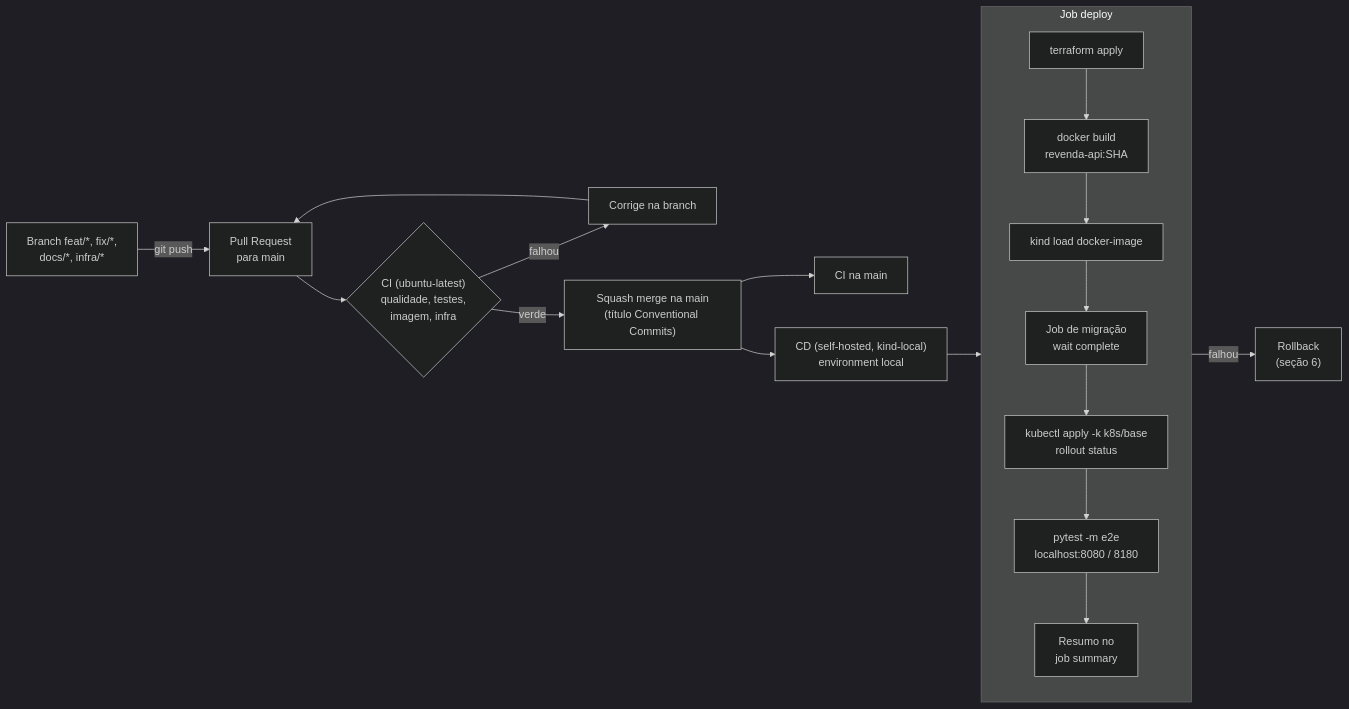
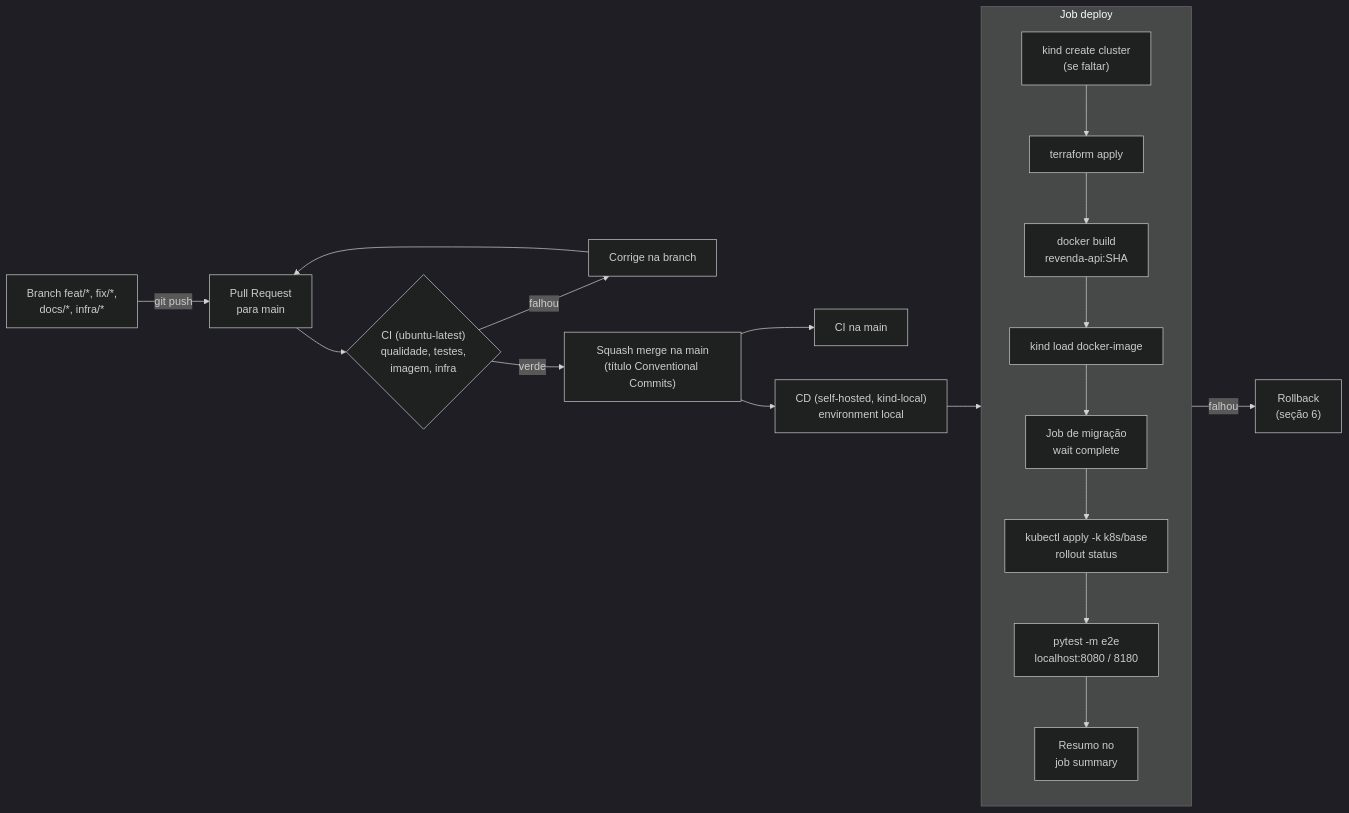
Before and after one commit to Caina-Climaco/fiap-soat-revenda-veiculos: the diagram in docs/08-ci-cd-infra.md, drawn with Mermaid (dark theme). The commit also changed other lines of this file and 19 other files, not shown here.

First line of the commit message:
fix: criar cluster pela CLI kind, Keycloak 26.7.1 e PATH nos scripts (#5)

````diff
--- a/docs/08-ci-cd-infra.md
+++ b/docs/08-ci-cd-infra.md
@@ -113,16 +124,16 @@
 ```mermaid
 flowchart LR
   dev["Branch feat/*, fix/*,<br/>docs/*, infra/*"] -->|"git push"| pr["Pull Request<br/>para main"]
   pr --> ci{"CI (ubuntu-latest)<br/>qualidade, testes,<br/>imagem, infra"}
   ci -->|"falhou"| fix["Corrige na branch"] --> pr
   ci -->|"verde"| merge["Squash merge na main<br/>(título Conventional Commits)"]
   merge --> ci2["CI na main"]
   merge --> cd["CD (self-hosted, kind-local)<br/>environment local"]
   subgraph CDJOB["Job deploy"]
     direction TB
-    tf["terraform apply"] --> build["docker build<br/>revenda-api:SHA"] --> load["kind load docker-image"]
+    kc["kind create cluster<br/>(se faltar)"] --> tf["terraform apply"] --> build["docker build<br/>revenda-api:SHA"] --> load["kind load docker-image"]
     load --> mig["Job de migração<br/>wait complete"] --> roll["kubectl apply -k k8s/base<br/>rollout status"] --> e2e["pytest -m e2e<br/>localhost:8080 / 8180"] --> sum["Resumo no<br/>job summary"]
   end
-  cd --> tf
+  cd --> kc
   e2e -->|"falhou"| rb["Rollback<br/>(seção 6)"]
 ```
````
